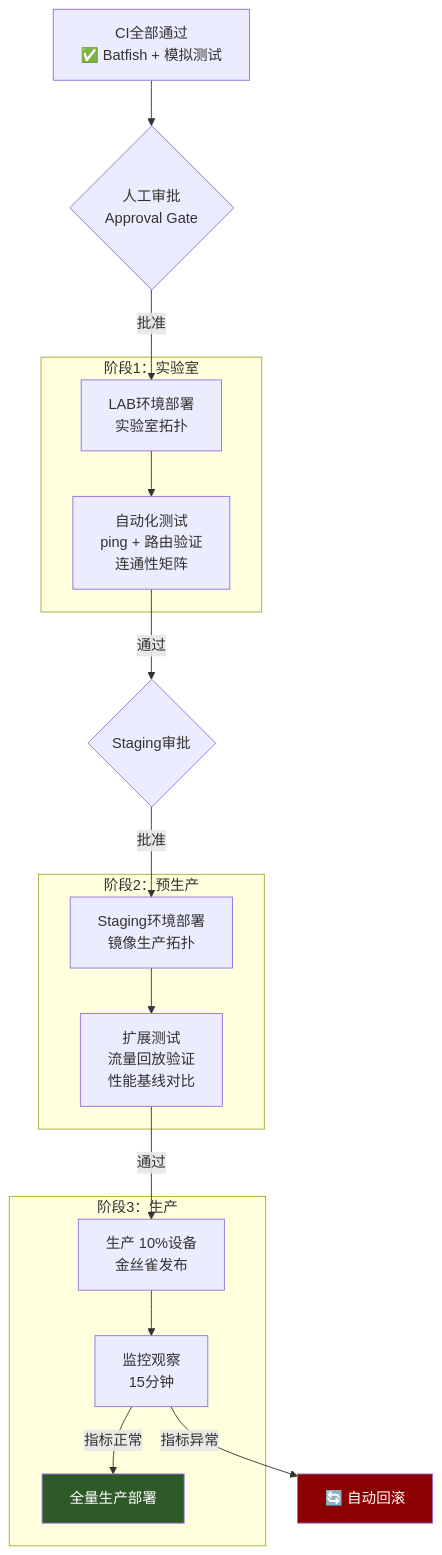
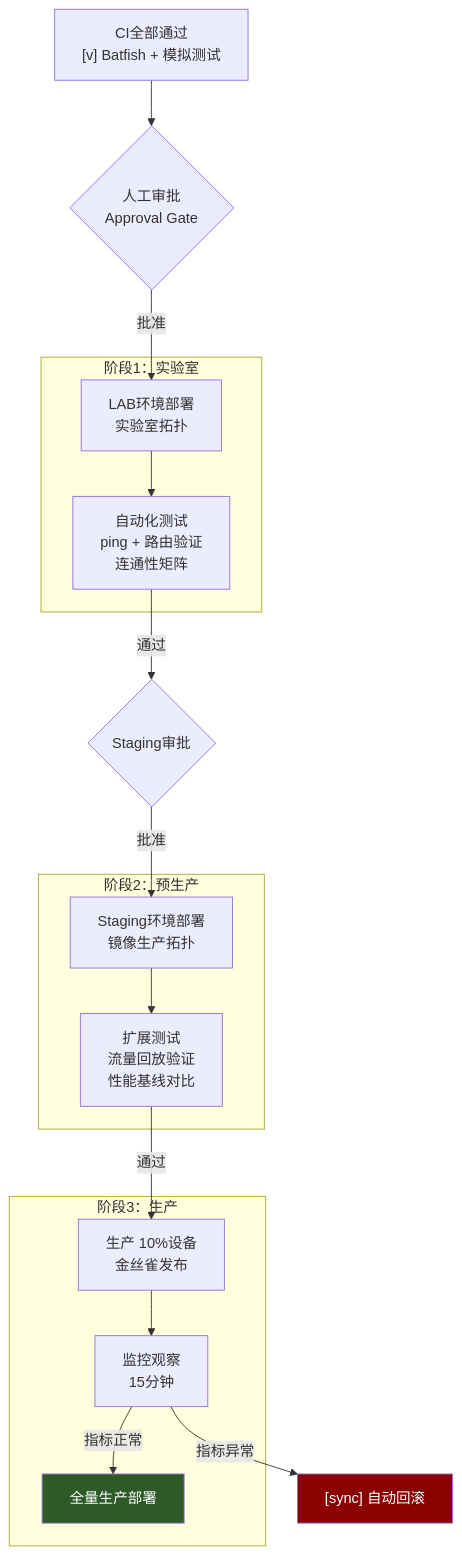
Before and after one commit to SKT-Shurima/NetworkMastery: the third of 4 diagrams in docs/guide/automation/network-cicd.md, drawn with Mermaid. The commit also changed other lines of this file and 54 other files, not shown here.

````diff
--- a/docs/guide/automation/network-cicd.md
+++ b/docs/guide/automation/network-cicd.md
@@ -318,37 +318,37 @@
 ```mermaid
 graph TD
-    CI_PASS["CI全部通过\n✅ Batfish + 模拟测试"] --> GATE1
+    CI_PASS["CI全部通过\n[v] Batfish + 模拟测试"] --> GATE1
 
     GATE1{"人工审批\nApproval Gate"}
     GATE1 -->|批准| LAB
 
     subgraph "阶段1：实验室"
         LAB["LAB环境部署\n实验室拓扑"]
         LAB_TEST["自动化测试\nping + 路由验证\n连通性矩阵"]
     end
 
     subgraph "阶段2：预生产"
         STAGING["Staging环境部署\n镜像生产拓扑"]
         STAGING_TEST["扩展测试\n流量回放验证\n性能基线对比"]
     end
 
     subgraph "阶段3：生产"
         PROD_10["生产 10%设备\n金丝雀发布"]
         PROD_MONITOR["监控观察\n15分钟"]
         PROD_ALL["全量生产部署"]
     end
 
     LAB --> LAB_TEST
     LAB_TEST -->|通过| GATE2
 
     GATE2{"Staging审批"}
     GATE2 -->|批准| STAGING
     STAGING --> STAGING_TEST
     STAGING_TEST -->|通过| PROD_10
     PROD_10 --> PROD_MONITOR
     PROD_MONITOR -->|指标正常| PROD_ALL
-    PROD_MONITOR -->|指标异常| ROLLBACK["🔄 自动回滚"]
+    PROD_MONITOR -->|指标异常| ROLLBACK["[sync] 自动回滚"]
 
     style ROLLBACK fill:#8b0000,color:#fff
     style PROD_ALL fill:#2d5a27,color:#fff
 ```
````
